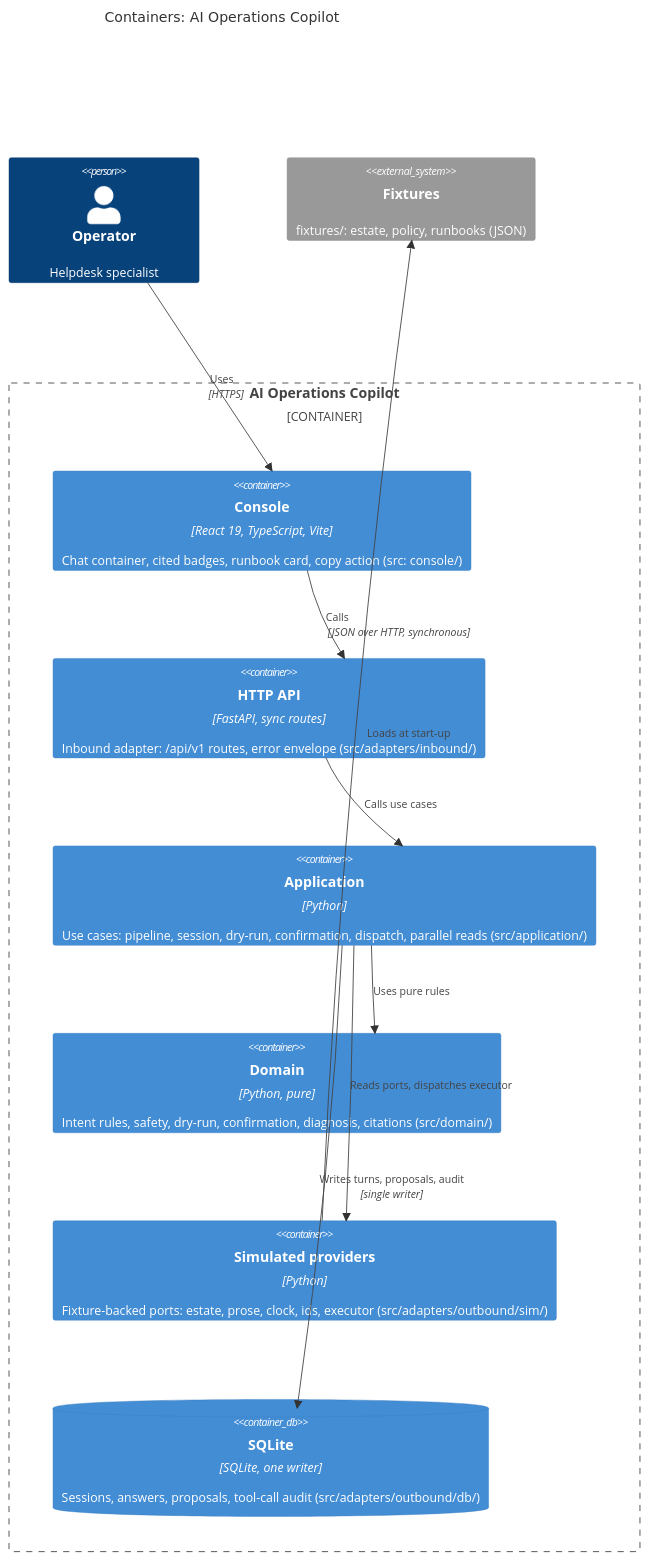
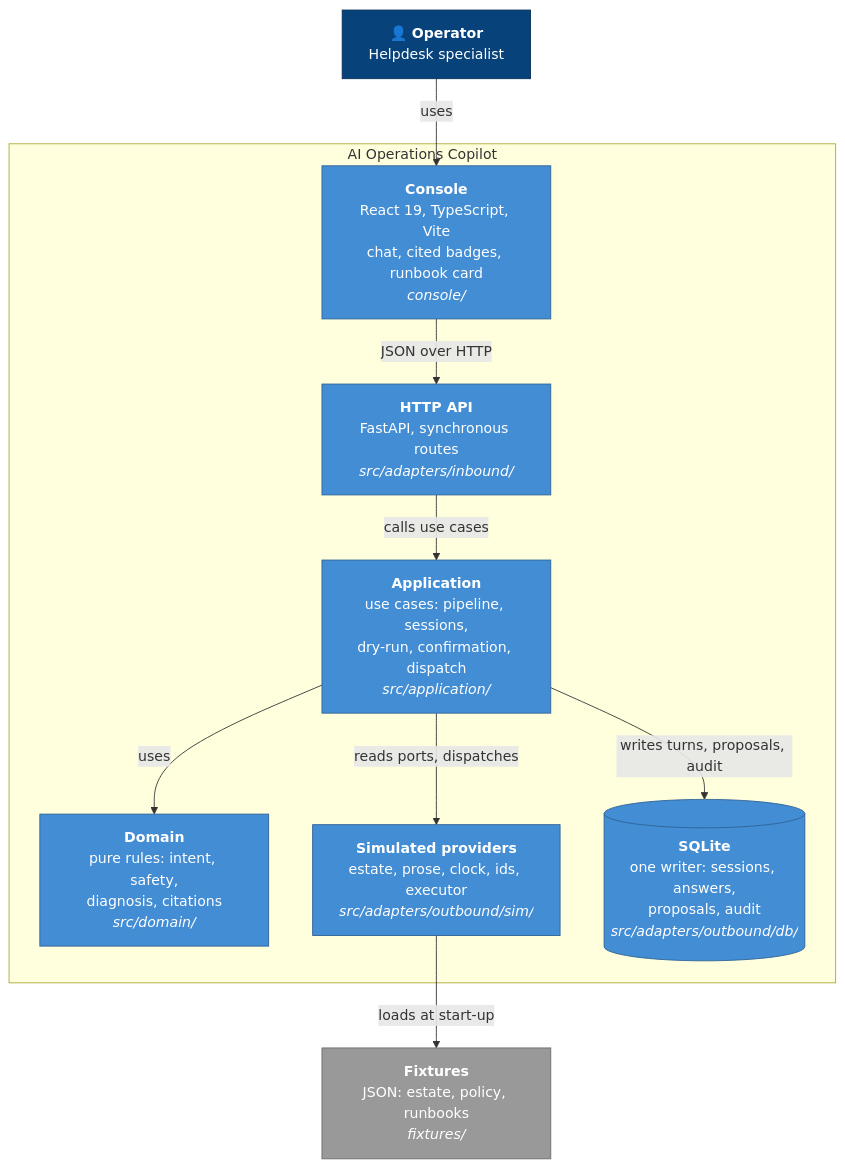
One commit to prapoju/university-ai-compute-fabric changed the second of 2 diagrams in docs/c4-diagram.md. Above: the diagram before and after it, drawn with Mermaid. The commit also changed other lines of this file and 2 other files, not shown here.

Commit message:
docs(impl2): plain UML use case diagram and flowchart-based C4 diagram

````diff
--- a/docs/c4-diagram.md
+++ b/docs/c4-diagram.md
@@ -25,25 +31,30 @@
 ```mermaid
-C4Container
-    title Containers: AI Operations Copilot
+flowchart TB
+    operator["👤 <b>Operator</b><br/>Helpdesk specialist"]
 
-    Person(operator, "Operator", "Helpdesk specialist")
+    subgraph boundary [AI Operations Copilot]
+        console["<b>Console</b><br/>React 19, TypeScript, Vite<br/>chat, cited badges, runbook card<br/><i>console/</i>"]
+        api["<b>HTTP API</b><br/>FastAPI, synchronous routes<br/><i>src/adapters/inbound/</i>"]
+        app["<b>Application</b><br/>use cases: pipeline, sessions,<br/>dry-run, confirmation, dispatch<br/><i>src/application/</i>"]
+        domain["<b>Domain</b><br/>pure rules: intent, safety,<br/>diagnosis, citations<br/><i>src/domain/</i>"]
+        sim["<b>Simulated providers</b><br/>estate, prose, clock, ids, executor<br/><i>src/adapters/outbound/sim/</i>"]
+        db[("<b>SQLite</b><br/>one writer: sessions, answers,<br/>proposals, audit<br/><i>src/adapters/outbound/db/</i>")]
+    end
 
-    Container_Boundary(copilot, "AI Operations Copilot") {
-        Container(console, "Console", "React 19, TypeScript, Vite", "Chat container, cited badges, runbook card, copy action (src: console/)")
-        Container(api, "HTTP API", "FastAPI, sync routes", "Inbound adapter: /api/v1 routes, error envelope (src/adapters/inbound/)")
-        Container(app, "Application", "Python", "Use cases: pipeline, session, dry-run, confirmation, dispatch, parallel reads (src/application/)")
-        Container(domain, "Domain", "Python, pure", "Intent rules, safety, dry-run, confirmation, diagnosis, citations (src/domain/)")
-        Container(sim, "Simulated providers", "Python", "Fixture-backed ports: estate, prose, clock, ids, executor (src/adapters/outbound/sim/)")
-        ContainerDb(db, "SQLite", "SQLite, one writer", "Sessions, answers, proposals, tool-call audit (src/adapters/outbound/db/)")
-    }
+    fixtures["<b>Fixtures</b><br/>JSON: estate, policy, runbooks<br/><i>fixtures/</i>"]
 
-    System_Ext(fixtures, "Fixtures", "fixtures/: estate, policy, runbooks (JSON)")
+    operator -->|uses| console
+    console -->|"JSON over HTTP"| api
+    api -->|calls use cases| app
+    app -->|uses| domain
+    app -->|reads ports, dispatches| sim
+    app -->|"writes turns, proposals, audit"| db
+    sim -->|loads at start-up| fixtures
 
-    Rel(operator, console, "Uses", "HTTPS")
-    Rel(console, api, "Calls", "JSON over HTTP, synchronous")
-    Rel(api, app, "Calls use cases")
-    Rel(app, domain, "Uses pure rules")
-    Rel(app, sim, "Reads ports, dispatches executor")
-    Rel(app, db, "Writes turns, proposals, audit", "single writer")
-    Rel(sim, fixtures, "Loads at start-up")
+    classDef person fill:#08427b,stroke:#052e56,color:#fff
+    classDef container fill:#438dd5,stroke:#2e6295,color:#fff
+    classDef external fill:#999,stroke:#6b6b6b,color:#fff
+    class operator person
+    class console,api,app,domain,sim,db container
+    class fixtures external
 ```
````
